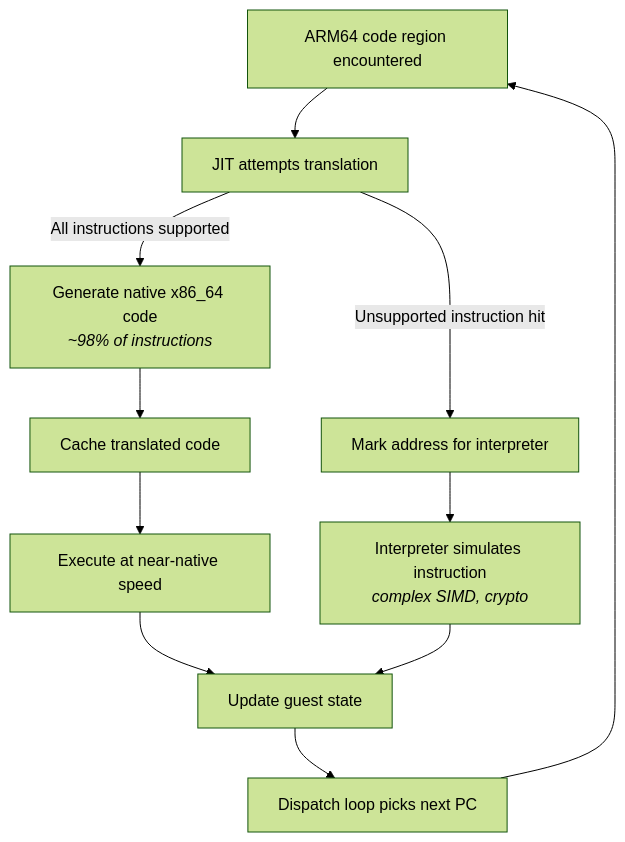
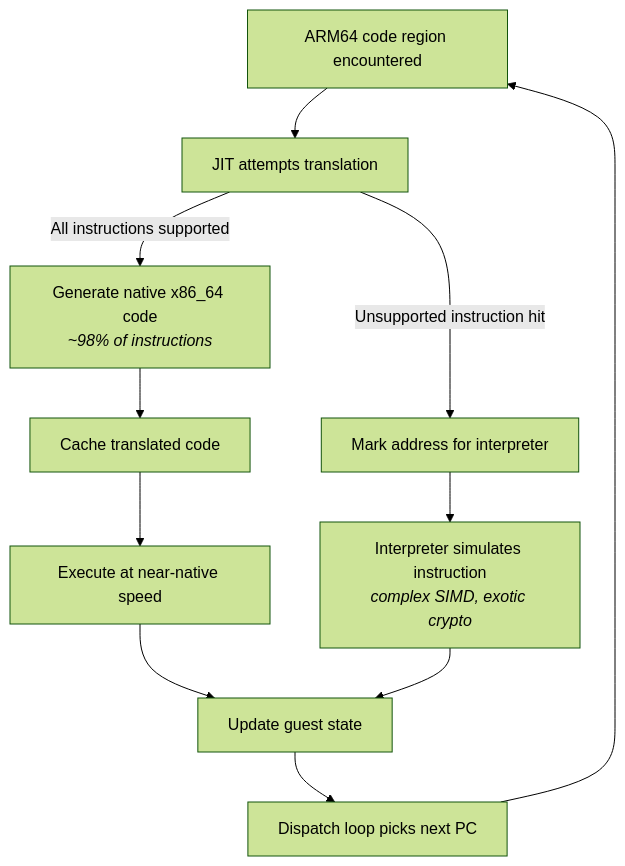
Before and after one commit to DigitalisX64/digitalis: the first of 52 diagrams in docs/how-it-works.md, drawn with Mermaid (forest theme). The commit also changed other lines of this file and 1 other file, not shown here.

First line of the commit message:
docs: crypto is JIT-lowered except the exotic families

````diff
--- a/docs/how-it-works.md
+++ b/docs/how-it-works.md
@@ -135,13 +135,13 @@
 ```mermaid
 graph TD
     A["ARM64 code region encountered"] --> B["JIT attempts translation"]
     B -->|"All instructions supported"| C["Generate native x86_64 code<br/><i>~98% of instructions</i>"]
     C --> D["Cache translated code"]
     D --> E["Execute at near-native speed"]
     B -->|"Unsupported instruction hit"| F["Mark address for interpreter"]
-    F --> G["Interpreter simulates instruction<br/><i>complex SIMD, crypto</i>"]
+    F --> G["Interpreter simulates instruction<br/><i>complex SIMD, exotic crypto</i>"]
     E --> H["Update guest state"]
     G --> H
     H --> I["Dispatch loop picks next PC"]
     I --> A
 ```
````
